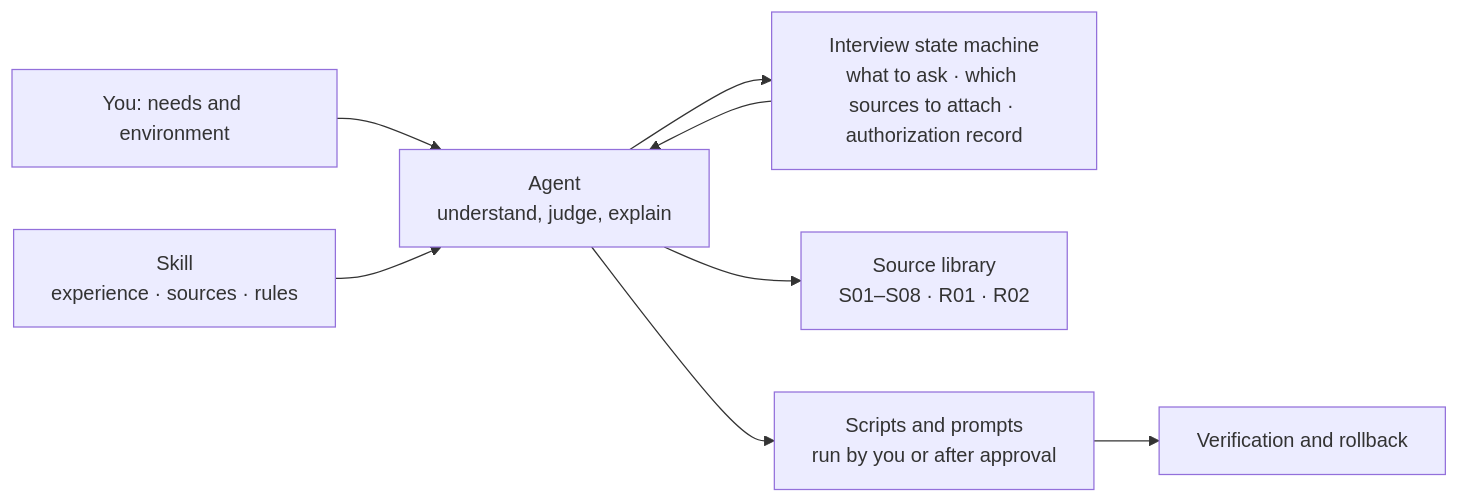
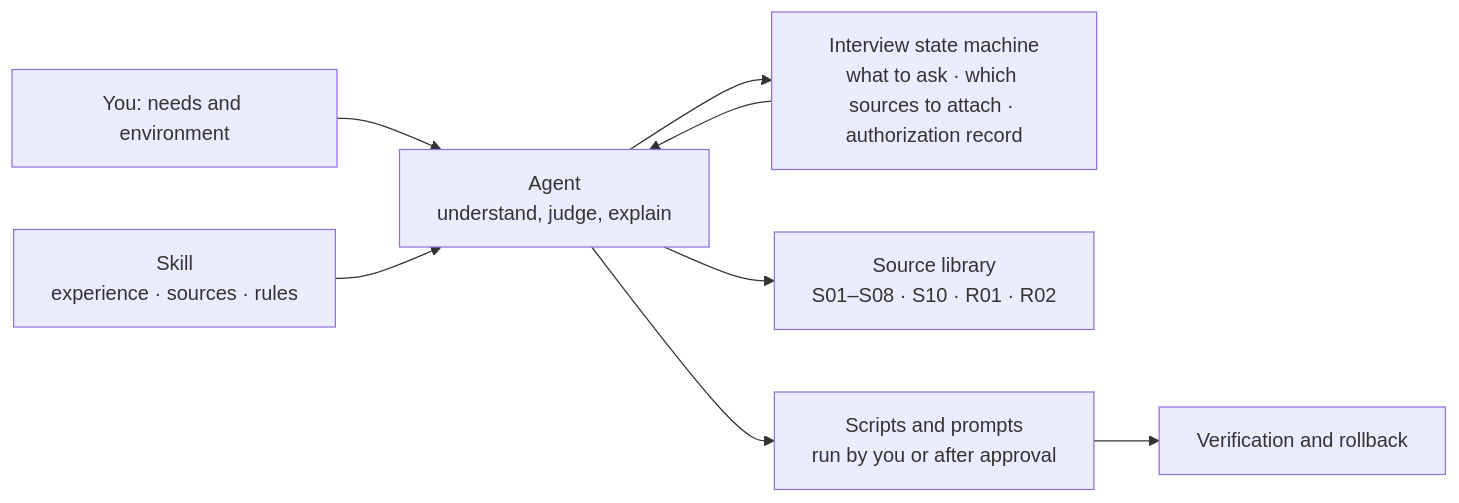
One commit to DUNHKpcc/Claude-Guardian changed the diagram in README.en.md. Above: the diagram before and after it, drawn with Mermaid. The commit also changed 18 other files, not shown here.

````diff
--- a/README.en.md
+++ b/README.en.md
@@ -72,10 +72,10 @@
 ```mermaid
 flowchart LR
     U["You: needs and environment"] --> A["Agent<br/>understand, judge, explain"]
     S["Skill<br/>experience · sources · rules"] --> A
     A --> Q["Interview state machine<br/>what to ask · which sources to attach · authorization record"]
-    A --> R["Source library<br/>S01–S08 · R01 · R02"]
+    A --> R["Source library<br/>S01–S08 · S10 · R01 · R02"]
     A --> X["Scripts and prompts<br/>run by you or after approval"]
     Q --> A
     X --> V["Verification and rollback"]
 ```
````
